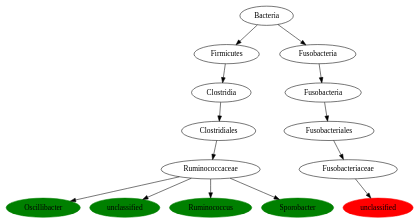
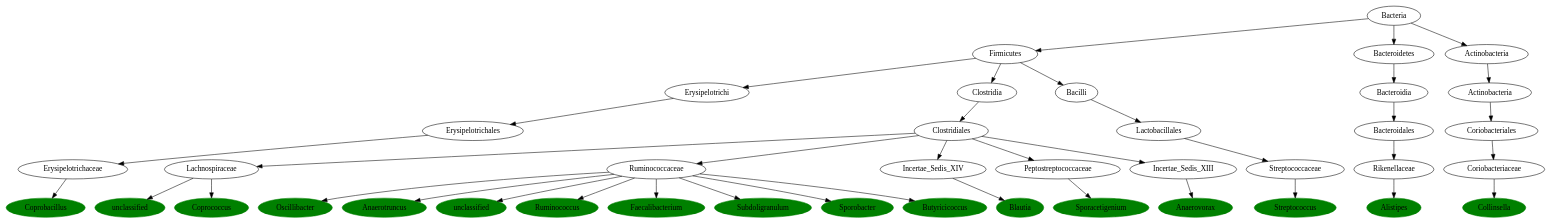
One commit to AndersHqst/thesis changed the diagram in experiments/tmp/phylogenetic-tree/0.dot. Above: the diagram before and after it, drawn with Graphviz. The commit also changed 69 other files, not shown here.

```diff
--- a/experiments/tmp/phylogenetic-tree/0.dot
+++ b/experiments/tmp/phylogenetic-tree/0.dot
@@ -1,47 +1,137 @@
 digraph G { 
+	ErysipelotrichaceaeCoprobacillus [label="Coprobacillus", color="green", style=filled];
+	ErysipelotrichalesErysipelotrichaceae [label="Erysipelotrichaceae"];
+	ErysipelotrichaceaeCoprobacillus [label="Coprobacillus"];
+	ErysipelotrichalesErysipelotrichaceae -> ErysipelotrichaceaeCoprobacillus;
+	ErysipelotrichiErysipelotrichales [label="Erysipelotrichales"];
+	ErysipelotrichalesErysipelotrichaceae [label="Erysipelotrichaceae"];
+	ErysipelotrichiErysipelotrichales -> ErysipelotrichalesErysipelotrichaceae;
+	FirmicutesErysipelotrichi [label="Erysipelotrichi"];
+	ErysipelotrichiErysipelotrichales [label="Erysipelotrichales"];
+	FirmicutesErysipelotrichi -> ErysipelotrichiErysipelotrichales;
+	BacteriaFirmicutes [label="Firmicutes"];
+	FirmicutesErysipelotrichi [label="Erysipelotrichi"];
+	BacteriaFirmicutes -> FirmicutesErysipelotrichi;
+	Bacteria [label="Bacteria"];
+	BacteriaFirmicutes [label="Firmicutes"];
+	Bacteria -> BacteriaFirmicutes;
+	Lachnospiraceaeunclassified [label="unclassified", color="green", style=filled];
+	ClostridialesLachnospiraceae [label="Lachnospiraceae"];
+	Lachnospiraceaeunclassified [label="unclassified"];
+	ClostridialesLachnospiraceae -> Lachnospiraceaeunclassified;
+	ClostridiaClostridiales [label="Clostridiales"];
+	ClostridialesLachnospiraceae [label="Lachnospiraceae"];
+	ClostridiaClostridiales -> ClostridialesLachnospiraceae;
+	FirmicutesClostridia [label="Clostridia"];
+	ClostridiaClostridiales [label="Clostridiales"];
+	FirmicutesClostridia -> ClostridiaClostridiales;
+	BacteriaFirmicutes [label="Firmicutes"];
+	FirmicutesClostridia [label="Clostridia"];
+	BacteriaFirmicutes -> FirmicutesClostridia;
+	LachnospiraceaeCoprococcus [label="Coprococcus", color="green", style=filled];
+	ClostridialesLachnospiraceae [label="Lachnospiraceae"];
+	LachnospiraceaeCoprococcus [label="Coprococcus"];
+	ClostridialesLachnospiraceae -> LachnospiraceaeCoprococcus;
 	RuminococcaceaeOscillibacter [label="Oscillibacter", color="green", style=filled];
 	ClostridialesRuminococcaceae [label="Ruminococcaceae"];
 	RuminococcaceaeOscillibacter [label="Oscillibacter"];
 	ClostridialesRuminococcaceae -> RuminococcaceaeOscillibacter;
 	ClostridiaClostridiales [label="Clostridiales"];
 	ClostridialesRuminococcaceae [label="Ruminococcaceae"];
 	ClostridiaClostridiales -> ClostridialesRuminococcaceae;
-	FirmicutesClostridia [label="Clostridia"];
-	ClostridiaClostridiales [label="Clostridiales"];
-	FirmicutesClostridia -> ClostridiaClostridiales;
-	BacteriaFirmicutes [label="Firmicutes"];
-	FirmicutesClostridia [label="Clostridia"];
-	BacteriaFirmicutes -> FirmicutesClostridia;
-	Bacteria [label="Bacteria"];
-	BacteriaFirmicutes [label="Firmicutes"];
-	Bacteria -> BacteriaFirmicutes;
+	RuminococcaceaeAnaerotruncus [label="Anaerotruncus", color="green", style=filled];
+	ClostridialesRuminococcaceae [label="Ruminococcaceae"];
+	RuminococcaceaeAnaerotruncus [label="Anaerotruncus"];
+	ClostridialesRuminococcaceae -> RuminococcaceaeAnaerotruncus;
 	Ruminococcaceaeunclassified [label="unclassified", color="green", style=filled];
 	ClostridialesRuminococcaceae [label="Ruminococcaceae"];
 	Ruminococcaceaeunclassified [label="unclassified"];
 	ClostridialesRuminococcaceae -> Ruminococcaceaeunclassified;
 	RuminococcaceaeRuminococcus [label="Ruminococcus", color="green", style=filled];
 	ClostridialesRuminococcaceae [label="Ruminococcaceae"];
 	RuminococcaceaeRuminococcus [label="Ruminococcus"];
 	ClostridialesRuminococcaceae -> RuminococcaceaeRuminococcus;
+	RuminococcaceaeFaecalibacterium [label="Faecalibacterium", color="green", style=filled];
+	ClostridialesRuminococcaceae [label="Ruminococcaceae"];
+	RuminococcaceaeFaecalibacterium [label="Faecalibacterium"];
+	ClostridialesRuminococcaceae -> RuminococcaceaeFaecalibacterium;
+	RuminococcaceaeSubdoligranulum [label="Subdoligranulum", color="green", style=filled];
+	ClostridialesRuminococcaceae [label="Ruminococcaceae"];
+	RuminococcaceaeSubdoligranulum [label="Subdoligranulum"];
+	ClostridialesRuminococcaceae -> RuminococcaceaeSubdoligranulum;
 	RuminococcaceaeSporobacter [label="Sporobacter", color="green", style=filled];
 	ClostridialesRuminococcaceae [label="Ruminococcaceae"];
 	RuminococcaceaeSporobacter [label="Sporobacter"];
 	ClostridialesRuminococcaceae -> RuminococcaceaeSporobacter;
-	Fusobacteriaceaeunclassified [label="unclassified", color="red", style=filled];
-	FusobacterialesFusobacteriaceae [label="Fusobacteriaceae"];
-	Fusobacteriaceaeunclassified [label="unclassified"];
-	FusobacterialesFusobacteriaceae -> Fusobacteriaceaeunclassified;
-	FusobacteriaFusobacteriales [label="Fusobacteriales"];
-	FusobacterialesFusobacteriaceae [label="Fusobacteriaceae"];
-	FusobacteriaFusobacteriales -> FusobacterialesFusobacteriaceae;
-	FusobacteriaFusobacteria [label="Fusobacteria"];
-	FusobacteriaFusobacteriales [label="Fusobacteriales"];
-	FusobacteriaFusobacteria -> FusobacteriaFusobacteriales;
-	BacteriaFusobacteria [label="Fusobacteria"];
-	FusobacteriaFusobacteria [label="Fusobacteria"];
-	BacteriaFusobacteria -> FusobacteriaFusobacteria;
+	RuminococcaceaeButyricicoccus [label="Butyricicoccus", color="green", style=filled];
+	ClostridialesRuminococcaceae [label="Ruminococcaceae"];
+	RuminococcaceaeButyricicoccus [label="Butyricicoccus"];
+	ClostridialesRuminococcaceae -> RuminococcaceaeButyricicoccus;
+	Incertae_Sedis_XIVBlautia [label="Blautia", color="green", style=filled];
+	ClostridialesIncertae_Sedis_XIV [label="Incertae_Sedis_XIV"];
+	Incertae_Sedis_XIVBlautia [label="Blautia"];
+	ClostridialesIncertae_Sedis_XIV -> Incertae_Sedis_XIVBlautia;
+	ClostridiaClostridiales [label="Clostridiales"];
+	ClostridialesIncertae_Sedis_XIV [label="Incertae_Sedis_XIV"];
+	ClostridiaClostridiales -> ClostridialesIncertae_Sedis_XIV;
+	PeptostreptococcaceaeSporacetigenium [label="Sporacetigenium", color="green", style=filled];
+	ClostridialesPeptostreptococcaceae [label="Peptostreptococcaceae"];
+	PeptostreptococcaceaeSporacetigenium [label="Sporacetigenium"];
+	ClostridialesPeptostreptococcaceae -> PeptostreptococcaceaeSporacetigenium;
+	ClostridiaClostridiales [label="Clostridiales"];
+	ClostridialesPeptostreptococcaceae [label="Peptostreptococcaceae"];
+	ClostridiaClostridiales -> ClostridialesPeptostreptococcaceae;
+	Incertae_Sedis_XIIIAnaerovorax [label="Anaerovorax", color="green", style=filled];
+	ClostridialesIncertae_Sedis_XIII [label="Incertae_Sedis_XIII"];
+	Incertae_Sedis_XIIIAnaerovorax [label="Anaerovorax"];
+	ClostridialesIncertae_Sedis_XIII -> Incertae_Sedis_XIIIAnaerovorax;
+	ClostridiaClostridiales [label="Clostridiales"];
+	ClostridialesIncertae_Sedis_XIII [label="Incertae_Sedis_XIII"];
+	ClostridiaClostridiales -> ClostridialesIncertae_Sedis_XIII;
+	StreptococcaceaeStreptococcus [label="Streptococcus", color="green", style=filled];
+	LactobacillalesStreptococcaceae [label="Streptococcaceae"];
+	StreptococcaceaeStreptococcus [label="Streptococcus"];
+	LactobacillalesStreptococcaceae -> StreptococcaceaeStreptococcus;
+	BacilliLactobacillales [label="Lactobacillales"];
+	LactobacillalesStreptococcaceae [label="Streptococcaceae"];
+	BacilliLactobacillales -> LactobacillalesStreptococcaceae;
+	FirmicutesBacilli [label="Bacilli"];
+	BacilliLactobacillales [label="Lactobacillales"];
+	FirmicutesBacilli -> BacilliLactobacillales;
+	BacteriaFirmicutes [label="Firmicutes"];
+	FirmicutesBacilli [label="Bacilli"];
+	BacteriaFirmicutes -> FirmicutesBacilli;
+	RikenellaceaeAlistipes [label="Alistipes", color="green", style=filled];
+	BacteroidalesRikenellaceae [label="Rikenellaceae"];
+	RikenellaceaeAlistipes [label="Alistipes"];
+	BacteroidalesRikenellaceae -> RikenellaceaeAlistipes;
+	BacteroidiaBacteroidales [label="Bacteroidales"];
+	BacteroidalesRikenellaceae [label="Rikenellaceae"];
+	BacteroidiaBacteroidales -> BacteroidalesRikenellaceae;
+	BacteroidetesBacteroidia [label="Bacteroidia"];
+	BacteroidiaBacteroidales [label="Bacteroidales"];
+	BacteroidetesBacteroidia -> BacteroidiaBacteroidales;
+	BacteriaBacteroidetes [label="Bacteroidetes"];
+	BacteroidetesBacteroidia [label="Bacteroidia"];
+	BacteriaBacteroidetes -> BacteroidetesBacteroidia;
 	Bacteria [label="Bacteria"];
-	BacteriaFusobacteria [label="Fusobacteria"];
-	Bacteria -> BacteriaFusobacteria;
+	BacteriaBacteroidetes [label="Bacteroidetes"];
+	Bacteria -> BacteriaBacteroidetes;
+	CoriobacteriaceaeCollinsella [label="Collinsella", color="green", style=filled];
+	CoriobacterialesCoriobacteriaceae [label="Coriobacteriaceae"];
+	CoriobacteriaceaeCollinsella [label="Collinsella"];
+	CoriobacterialesCoriobacteriaceae -> CoriobacteriaceaeCollinsella;
+	ActinobacteriaCoriobacteriales [label="Coriobacteriales"];
+	CoriobacterialesCoriobacteriaceae [label="Coriobacteriaceae"];
+	ActinobacteriaCoriobacteriales -> CoriobacterialesCoriobacteriaceae;
+	ActinobacteriaActinobacteria [label="Actinobacteria"];
+	ActinobacteriaCoriobacteriales [label="Coriobacteriales"];
+	ActinobacteriaActinobacteria -> ActinobacteriaCoriobacteriales;
+	BacteriaActinobacteria [label="Actinobacteria"];
+	ActinobacteriaActinobacteria [label="Actinobacteria"];
+	BacteriaActinobacteria -> ActinobacteriaActinobacteria;
+	Bacteria [label="Bacteria"];
+	BacteriaActinobacteria [label="Actinobacteria"];
+	Bacteria -> BacteriaActinobacteria;
 
  }
```
